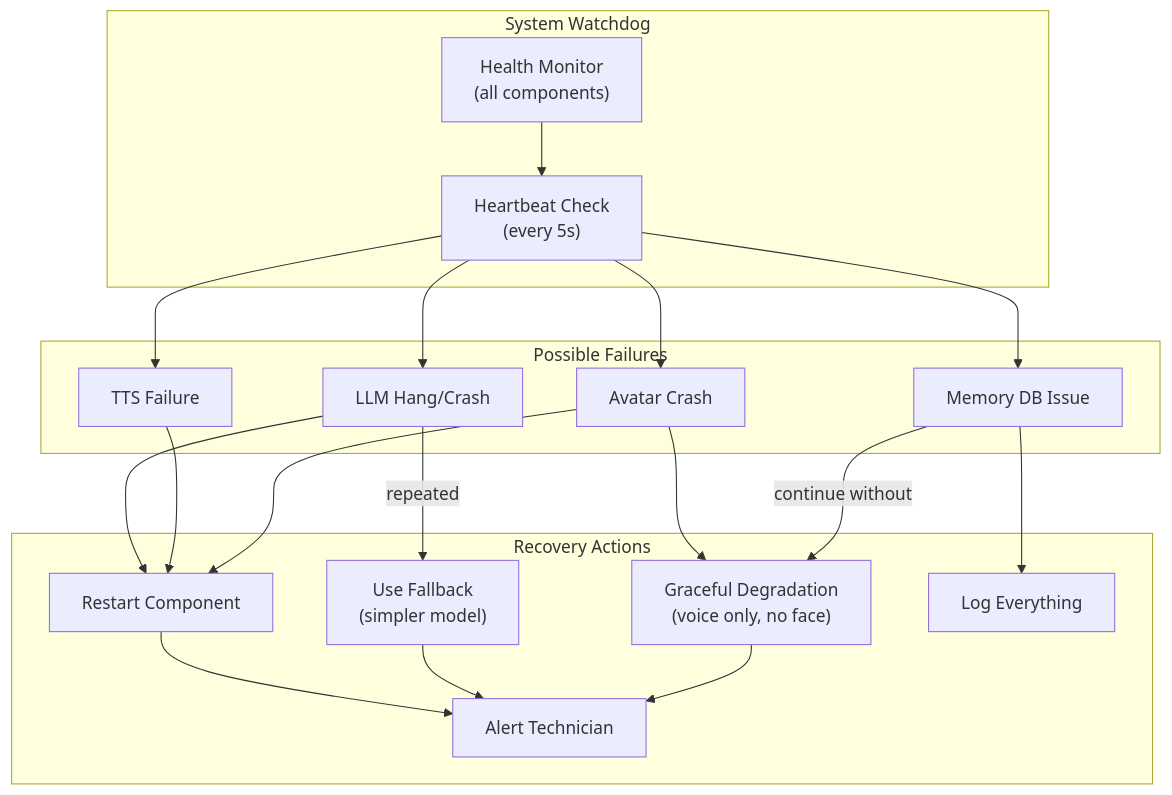
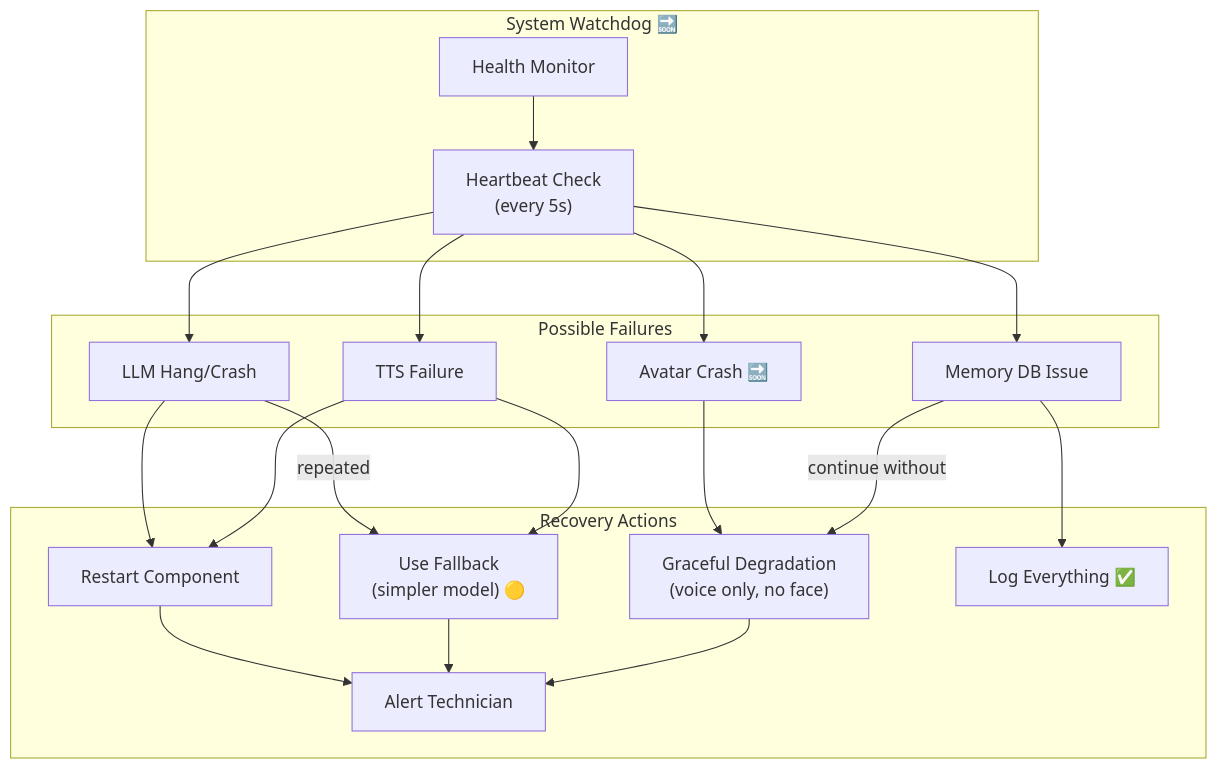
Before and after one commit to sgl-a/Indira: the tenth of 10 diagrams in ARCHITECTURE.md, drawn with Mermaid. The commit also changed other lines of this file and 10 other files, not shown here.

Commit message:
Updated Architecture and Tech Stack. Updated Readme for accurate installation

````diff
--- a/ARCHITECTURE.md
+++ b/ARCHITECTURE.md
@@ -496,40 +593,37 @@
 ```mermaid
 flowchart TB
-    subgraph WATCHDOG ["System Watchdog"]
-        HEALTH["Health Monitor\n(all components)"]
+    subgraph WATCHDOG ["System Watchdog 🔜"]
+        HEALTH["Health Monitor"]
         HEARTBEAT["Heartbeat Check\n(every 5s)"]
     end
 
     subgraph FAILURES ["Possible Failures"]
         LLM_FAIL["LLM Hang/Crash"]
         TTS_FAIL["TTS Failure"]
-        AVATAR_FAIL["Avatar Crash"]
+        AVATAR_FAIL["Avatar Crash 🔜"]
         MEMORY_FAIL["Memory DB Issue"]
     end
 
     subgraph RECOVERY ["Recovery Actions"]
         RESTART["Restart Component"]
-        FALLBACK["Use Fallback\n(simpler model)"]
+        FALLBACK["Use Fallback\n(simpler model) 🟡"]
         GRACEFUL["Graceful Degradation\n(voice only, no face)"]
         ALERT["Alert Technician"]
-        LOG["Log Everything"]
+        LOG["Log Everything ✅"]
     end
 
     HEALTH --> HEARTBEAT
     HEARTBEAT --> LLM_FAIL & TTS_FAIL & AVATAR_FAIL & MEMORY_FAIL
-    
+
     LLM_FAIL --> RESTART
     LLM_FAIL -->|"repeated"| FALLBACK
-    
     TTS_FAIL --> RESTART
-    
+    TTS_FAIL --> FALLBACK
     AVATAR_FAIL --> GRACEFUL
-    AVATAR_FAIL --> RESTART
-    
     MEMORY_FAIL --> LOG
     MEMORY_FAIL -->|"continue without"| GRACEFUL
-    
+
     RESTART --> ALERT
     FALLBACK --> ALERT
     GRACEFUL --> ALERT
 ```
````
